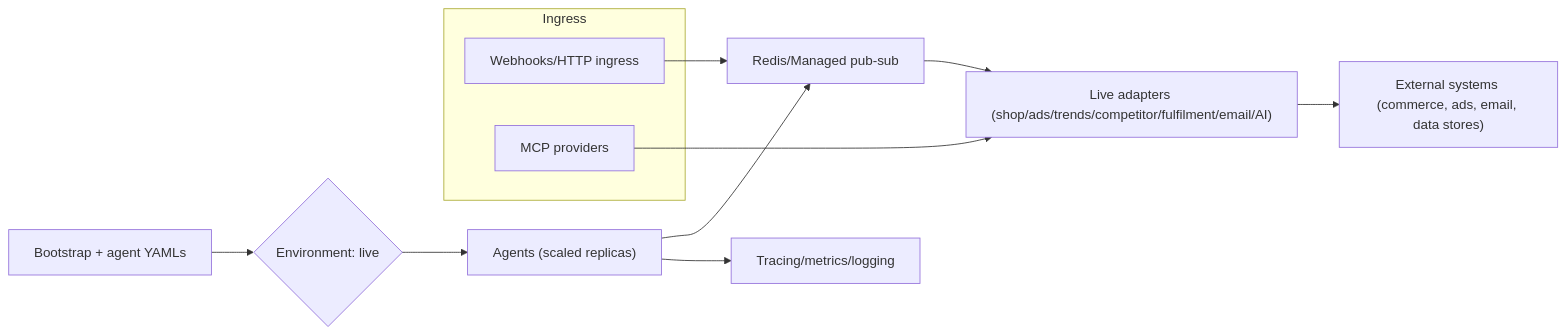
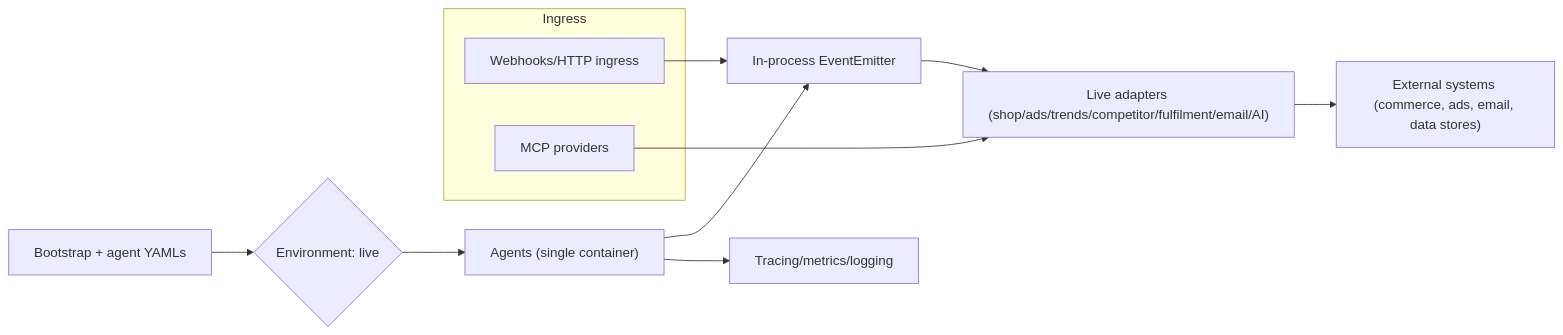
One commit to andylelli/ds1 changed the second of 2 diagrams in Documentation/Reference/ENVIRONMENT_SIMULATION_V_LIVE.md. Above: the diagram before and after it, drawn with Mermaid. The commit also changed 1 other file, not shown here.

````diff
--- a/Documentation/Reference/ENVIRONMENT_SIMULATION_V_LIVE.md
+++ b/Documentation/Reference/ENVIRONMENT_SIMULATION_V_LIVE.md
@@ -29,15 +29,15 @@
 ```mermaid
 flowchart LR
   YAML[Bootstrap + agent YAMLs] --> Router{Environment: live}
-  Router --> AgentsCluster["Agents (scaled replicas)"]
-  AgentsCluster --> RedisBus["Redis/Managed pub-sub"]
-  RedisBus --> LiveAdapters["Live adapters (shop/ads/trends/competitor/fulfilment/email/AI)"]
+  Router --> Agents["Agents (single container)"]
+  Agents --> EventBus["In-process EventEmitter"]
+  EventBus --> LiveAdapters["Live adapters (shop/ads/trends/competitor/fulfilment/email/AI)"]
   LiveAdapters --> ExternalSystems["External systems (commerce, ads, email, data stores)"]
   subgraph Ingress
     Webhooks["Webhooks/HTTP ingress"]
     MCP[MCP providers]
   end
-  Webhooks --> RedisBus
+  Webhooks --> EventBus
   MCP --> LiveAdapters
-  AgentsCluster --> Observability[Tracing/metrics/logging]
+  Agents --> Observability[Tracing/metrics/logging]
 ```
````
